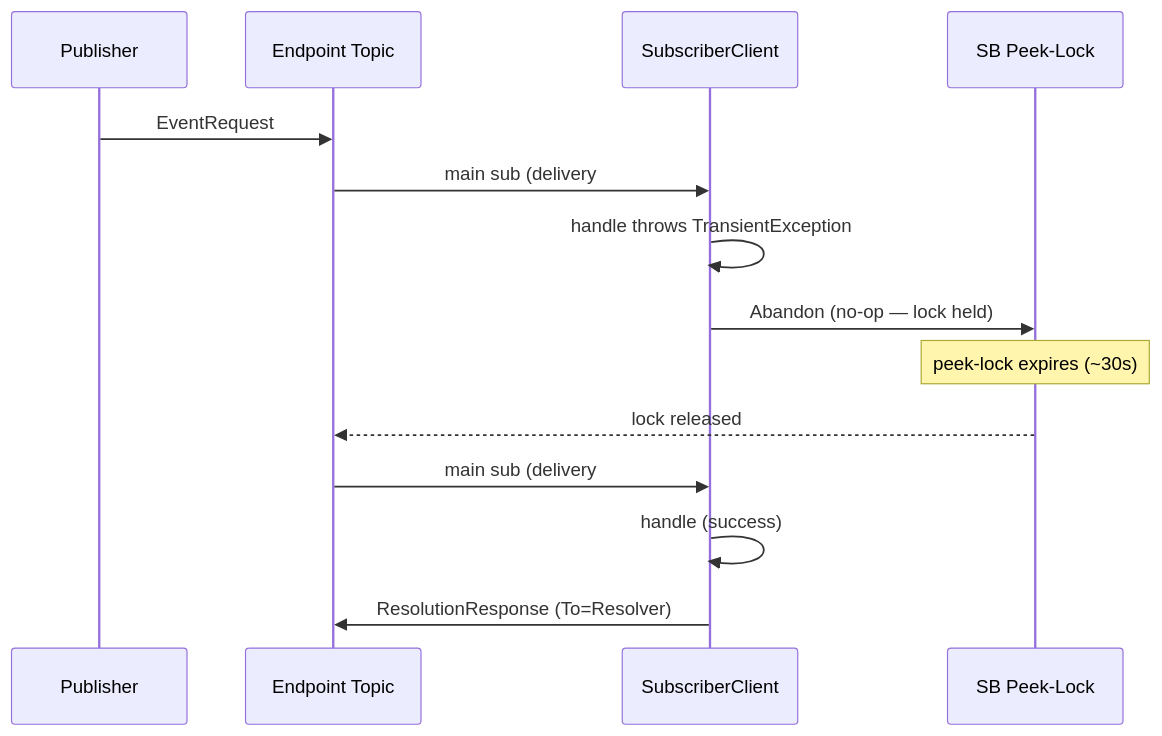
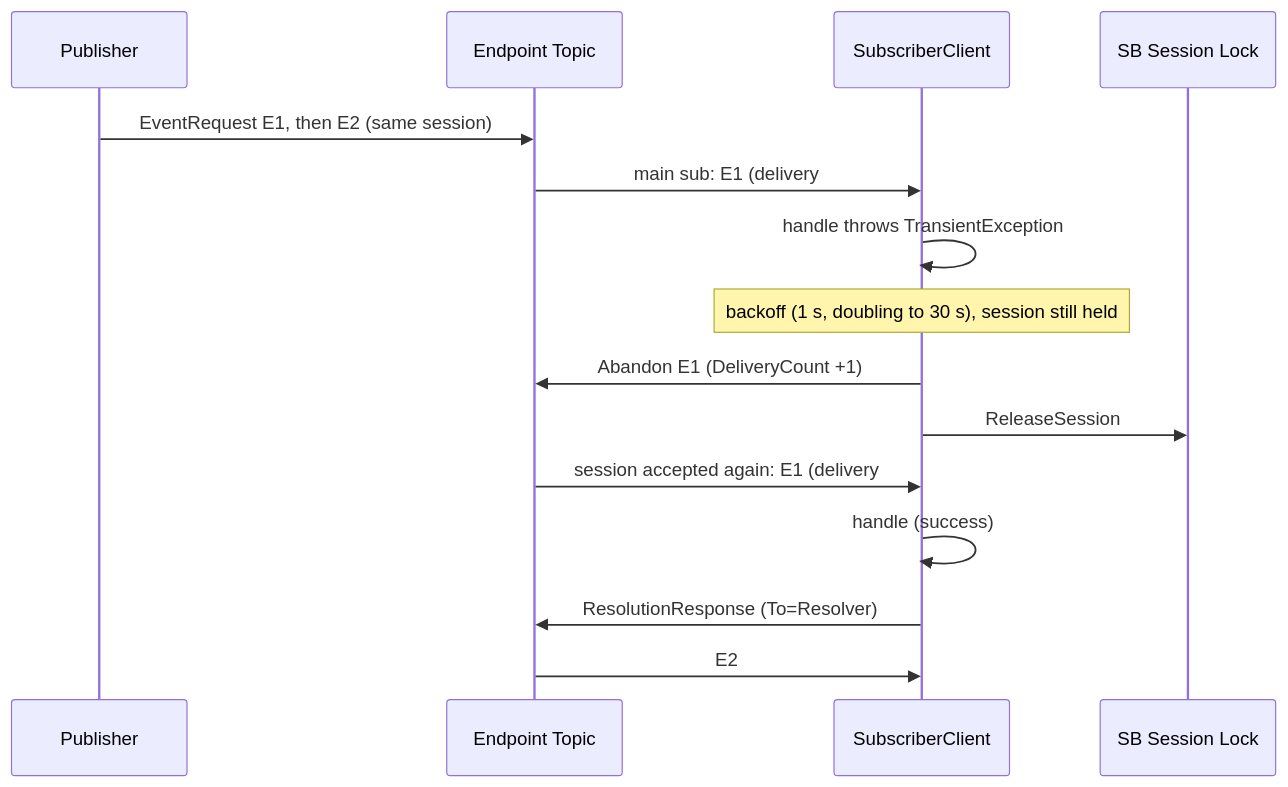
Diagram 12 of 14 in docs/message-flows.md (context-and-oss/NimBus), drawn with Mermaid before and after one commit. The commit also changed other lines of this file and 7 other files, not shown here.

````diff
--- a/docs/message-flows.md
+++ b/docs/message-flows.md
@@ -318,17 +326,18 @@
 ```mermaid
 sequenceDiagram
     participant Pub as Publisher
     participant Ep as Endpoint Topic
     participant Sub as SubscriberClient
-    participant Lock as SB Peek-Lock
+    participant Lock as SB Session Lock
 
-    Pub->>Ep: EventRequest
-    Ep->>Sub: main sub (delivery #1)
+    Pub->>Ep: EventRequest E1, then E2 (same session)
+    Ep->>Sub: main sub: E1 (delivery #1)
     Sub->>Sub: handle throws TransientException
-    Sub->>Lock: Abandon (no-op — lock held)
-    Note over Lock: peek-lock expires (~30s)
-    Lock-->>Ep: lock released
-    Ep->>Sub: main sub (delivery #2)
+    Note over Sub: backoff (1 s, doubling to 30 s), session still held
+    Sub->>Ep: Abandon E1 (DeliveryCount +1)
+    Sub->>Lock: ReleaseSession
+    Ep->>Sub: session accepted again: E1 (delivery #2)
     Sub->>Sub: handle (success)
     Sub->>Ep: ResolutionResponse (To=Resolver)
+    Ep->>Sub: E2
 ```
````
